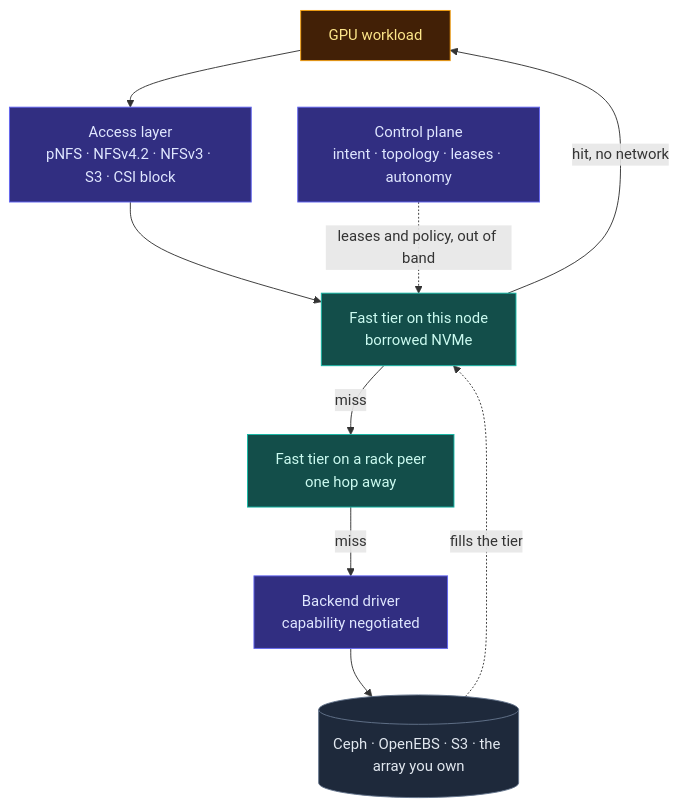
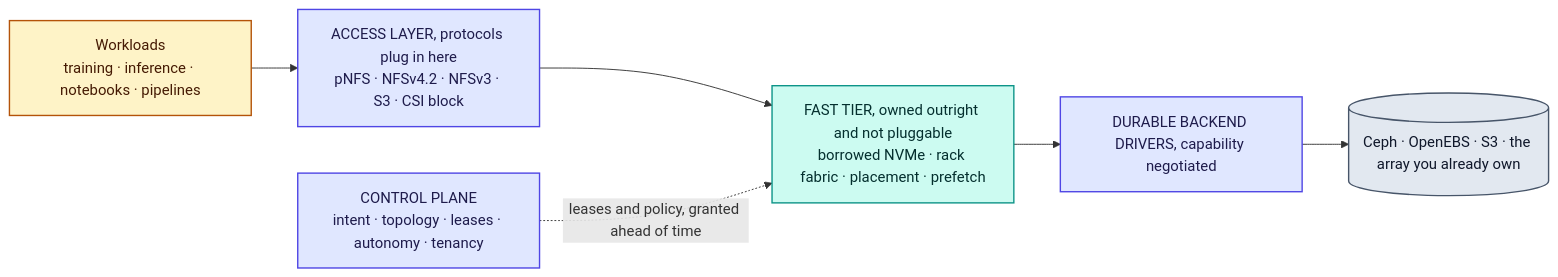
The first of 6 diagrams in docs/architecture.md (mayur-tolexo/forebay), drawn with Mermaid before and after one commit. The commit also changed other lines of this file and 5 other files, not shown here.

````diff
--- a/docs/architecture.md
+++ b/docs/architecture.md
@@ -17,26 +29,24 @@
 ```mermaid
-flowchart TB
-    job["GPU workload"]
-    acc["Access layer<br/>pNFS · NFSv4.2 · NFSv3 · S3 · CSI block"]
-    localTier["Fast tier on this node<br/>borrowed NVMe"]
-    rackTier["Fast tier on a rack peer<br/>one hop away"]
-    drv["Backend driver<br/>capability negotiated"]
-    store[("Ceph · OpenEBS · S3 · the array you own")]
-    cp["Control plane<br/>intent · topology · leases · autonomy"]
+flowchart LR
+    job["Workloads<br/>training · inference · notebooks · pipelines"]
+    acc["ACCESS LAYER, protocols plug in here<br/>pNFS · NFSv4.2 · NFSv3 · S3 · CSI block"]
+    fast["FAST TIER, owned outright and not pluggable<br/>borrowed NVMe · rack fabric · placement · prefetch"]
+    drv["DURABLE BACKEND DRIVERS, capability negotiated"]
+    store[("Ceph · OpenEBS · S3 · the array you already own")]
+    cp["CONTROL PLANE<br/>intent · topology · leases · autonomy · tenancy"]
 
-    job --> acc --> localTier
-    localTier -->|hit, no network| job
-    localTier -->|miss| rackTier
-    rackTier -->|miss| drv --> store
-    store -.->|fills the tier| localTier
-    cp -.->|leases and policy, out of band| localTier
+    job --> acc
+    acc --> fast
+    fast --> drv
+    drv --> store
+    cp -.->|leases and policy, granted ahead of time| fast
 
-    classDef control fill:#312E81,stroke:#6366F1,color:#E0E7FF
-    classDef fast fill:#134E4A,stroke:#14B8A6,color:#CCFBF1
-    classDef durable fill:#1E293B,stroke:#64748B,color:#E2E8F0
-    classDef compute fill:#422006,stroke:#F59E0B,color:#FDE68A
+    classDef control fill:#E0E7FF,stroke:#4F46E5,stroke-width:1.5px,color:#1E1B4B
+    classDef owned fill:#CCFBF1,stroke:#0D9488,stroke-width:1.5px,color:#042F2E
+    classDef durable fill:#E2E8F0,stroke:#475569,stroke-width:1.5px,color:#0F172A
+    classDef compute fill:#FEF3C7,stroke:#B45309,stroke-width:1.5px,color:#451A03
     class cp,acc,drv control
-    class localTier,rackTier fast
+    class fast owned
     class store durable
     class job compute
 ```
````
